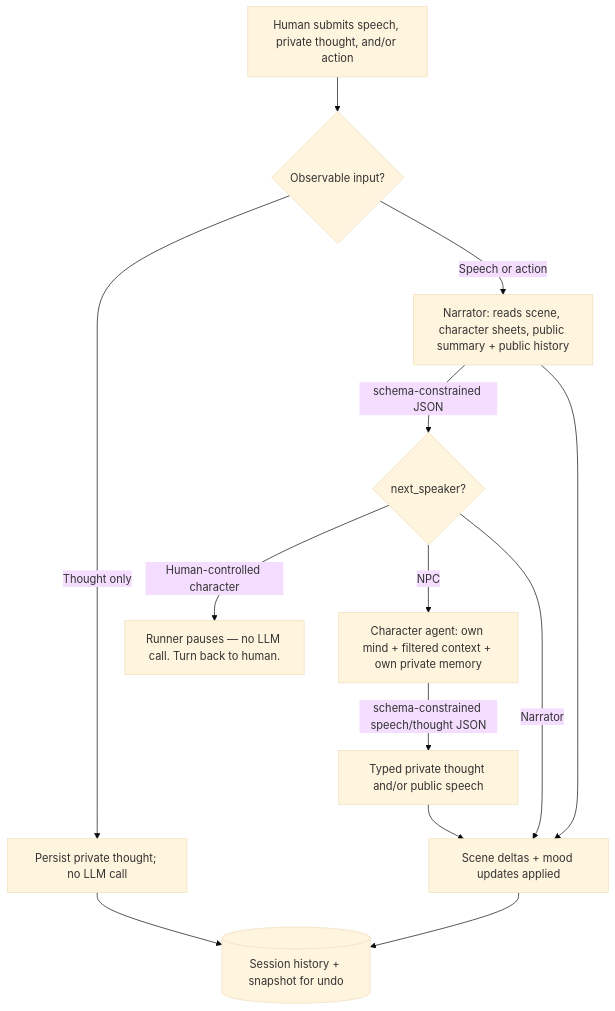
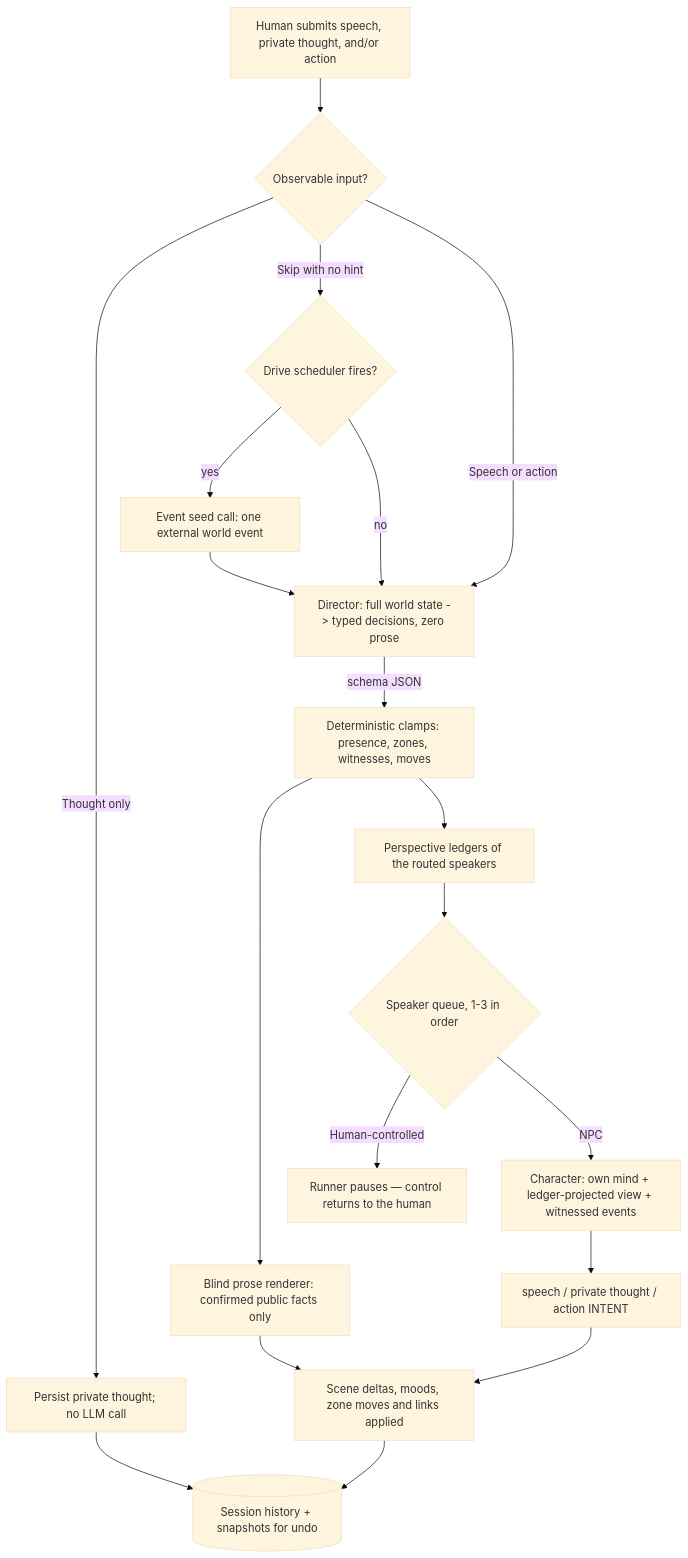
One commit to al4xdev/alex-tavern changed the diagram in README.md. Above: the diagram before and after it, drawn with Mermaid (base theme). The commit also changed other lines of this file and 1 other file, not shown here.

First line of the commit message:
docs: reflect the post-split architecture in README and rewrite ROADMAP

````diff
--- a/README.md
+++ b/README.md
@@ -208,15 +214,21 @@
 ```mermaid
 graph TD
     A[Human submits speech, private thought, and/or action] --> B{Observable input?}
     B -->|Thought only| P[Persist private thought; no LLM call]
-    B -->|Speech or action| C[Narrator: reads scene, character sheets, public summary + public history]
-    C -->|"schema-constrained JSON"| D{next_speaker?}
-    D -->|Human-controlled character| E[Runner pauses — no LLM call. Turn back to human.]
-    D -->|NPC| F[Character agent: own mind + filtered context + own private memory]
-    D -->|Narrator| H
-    F -->|"schema-constrained speech/thought JSON"| G[Typed private thought and/or public speech]
-    C --> H[Scene deltas + mood updates applied]
-    G --> H
+    B -->|Skip with no hint| DS{Drive scheduler fires?}
+    DS -->|yes| DE[Event seed call: one external world event]
+    DS -->|no| C
+    DE --> C
+    B -->|Speech or action| C[Director: full world state -> typed decisions, zero prose]
+    C -->|"schema JSON"| V[Deterministic clamps: presence, zones, witnesses, moves]
+    V --> R[Blind prose renderer: confirmed public facts only]
+    V --> L[Perspective ledgers of the routed speakers]
+    R --> H
+    L --> Q{Speaker queue, 1-3 in order}
+    Q -->|Human-controlled| E[Runner pauses — control returns to the human]
+    Q -->|NPC| F[Character: own mind + ledger-projected view + witnessed events]
+    F --> G[speech / private thought / action INTENT]
+    G --> H[Scene deltas, moods, zone moves and links applied]
     P --> I
-    H --> I[(Session history + snapshot for undo)]
+    H --> I[(Session history + snapshots for undo)]
 ```
````
